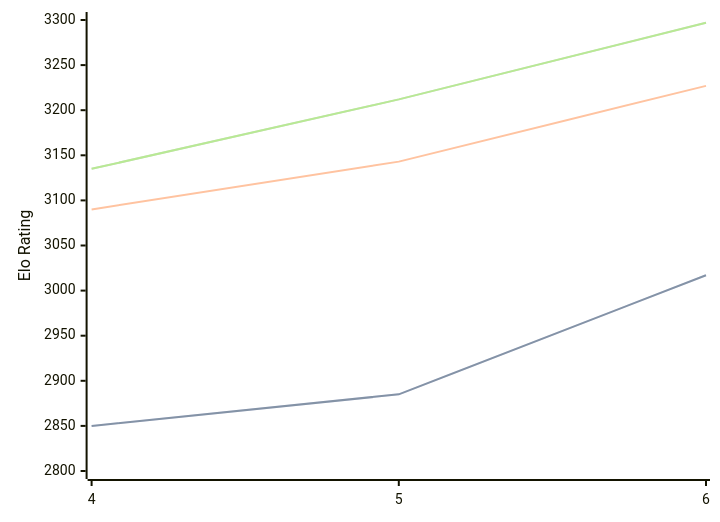
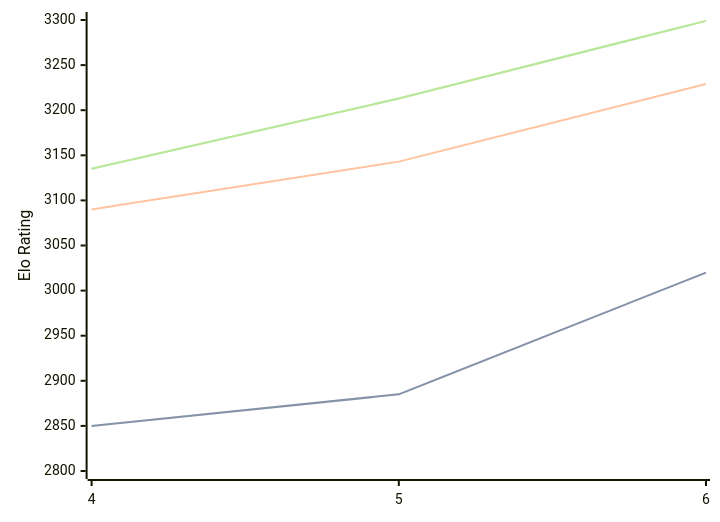
One commit to computer-chess-index/cci changed the diagram in engines/Cwtch.md. Above: the diagram before and after it, drawn with Mermaid. The commit also changed other lines of this file, not shown here.

Commit message:
Update CCI Ratings (ELO VLTC) - 2026-09-14

````diff
--- a/engines/Cwtch.md
+++ b/engines/Cwtch.md
@@ -34,11 +34,11 @@
 ```mermaid
 %%{init: {"theme":"base","themeVariables":{"seriesColors:['#a3a3a3','#222221','#faa371']}}}%%
 xychart-beta
   x-axis ["4", "5", "6"]
   y-axis "Elo Rating" 2800 --> 3300
-  line "" [2850, 2885, 3017]
-  line "STC (8.0+0.08s)" [2850, 2885, 3017]
-  line "LTC (60.0+0.60s)" [3090, 3143, 3227]
-  line "" [3135, 3212, 3297]
-  line "VLTC (2m24s+1.12s)" [3135, 3212, 3297]
+  line "" [2850, 2885, 3020]
+  line "STC (8.0+0.08s)" [2850, 2885, 3020]
+  line "LTC (60.0+0.60s)" [3090, 3143, 3229]
+  line "" [3135, 3213, 3299]
+  line "VLTC (2m24s+1.12s)" [3135, 3213, 3299]
 ```
````
